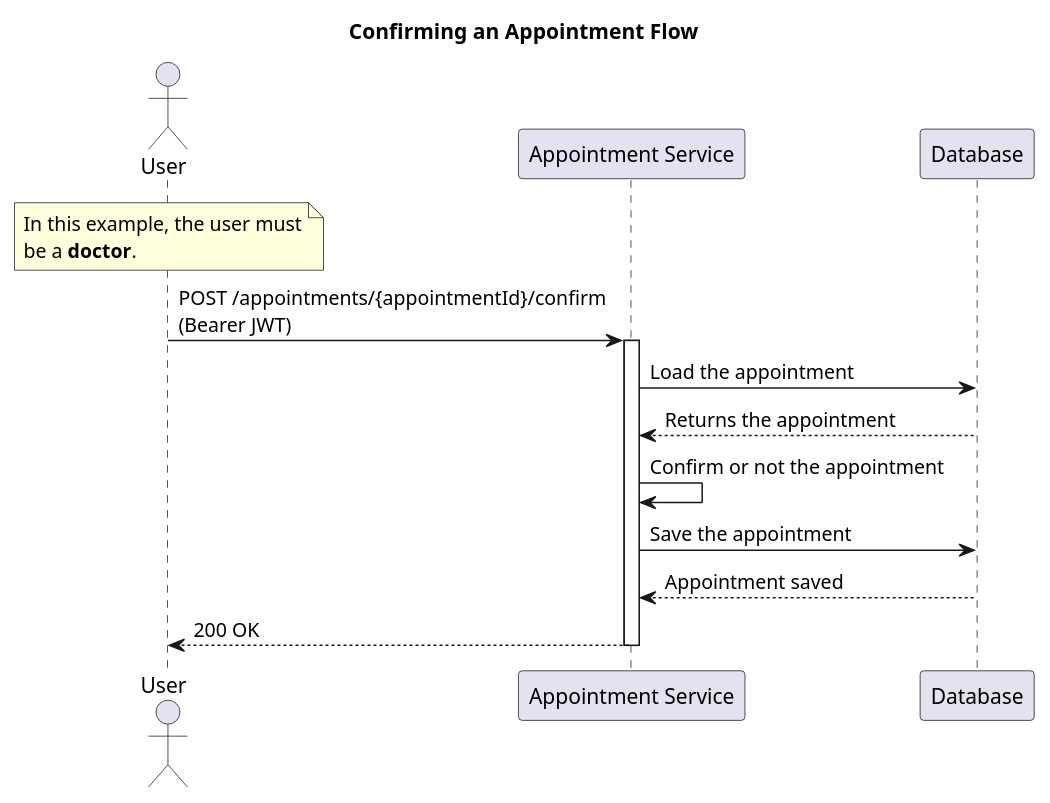
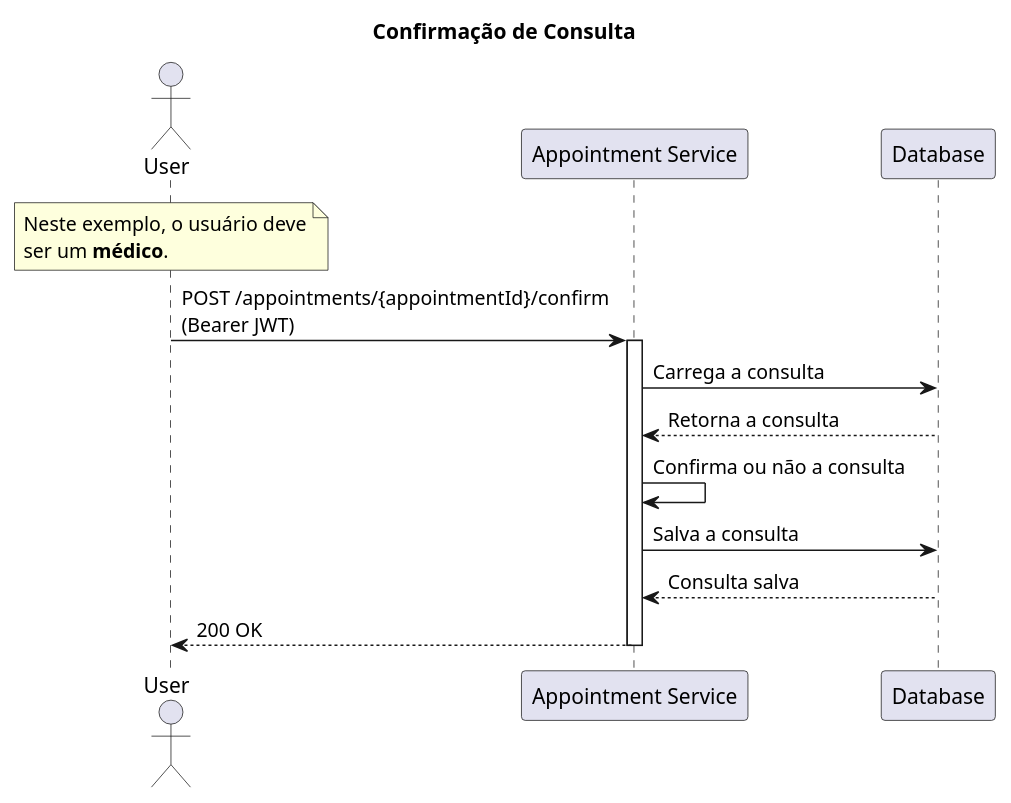
Before and after one commit to jfelipearaujo-healthmed/appointment-service: the diagram in docs/confirmation_appointment.puml, drawn with PlantUML. The commit also changed 20 other files, not shown here.

```diff
--- a/docs/confirmation_appointment.puml
+++ b/docs/confirmation_appointment.puml
@@ -1,26 +1,26 @@
 @startuml confirmation_appointment
 
-title Confirming an Appointment Flow
+title Confirmação de Consulta
 
 actor "User" as user
 participant "Appointment Service" as appointment_service
 participant "Database" as database
 
 note over user
-In this example, the user must
-be a **doctor**.
+Neste exemplo, o usuário deve
+ser um **médico**.
 end note
 
 user -> appointment_service: POST /appointments/{appointmentId}/confirm\n(Bearer JWT)
 
 activate appointment_service
-appointment_service -> database: Load the appointment
-database --> appointment_service: Returns the appointment
-appointment_service -> appointment_service: Confirm or not the appointment
-appointment_service -> database: Save the appointment
-database --> appointment_service: Appointment saved
+appointment_service -> database: Carrega a consulta
+database --> appointment_service: Retorna a consulta
+appointment_service -> appointment_service: Confirma ou não a consulta
+appointment_service -> database: Salva a consulta
+database --> appointment_service: Consulta salva
 appointment_service --> user: 200 OK
 deactivate appointment_service
 
 
 @enduml
```
